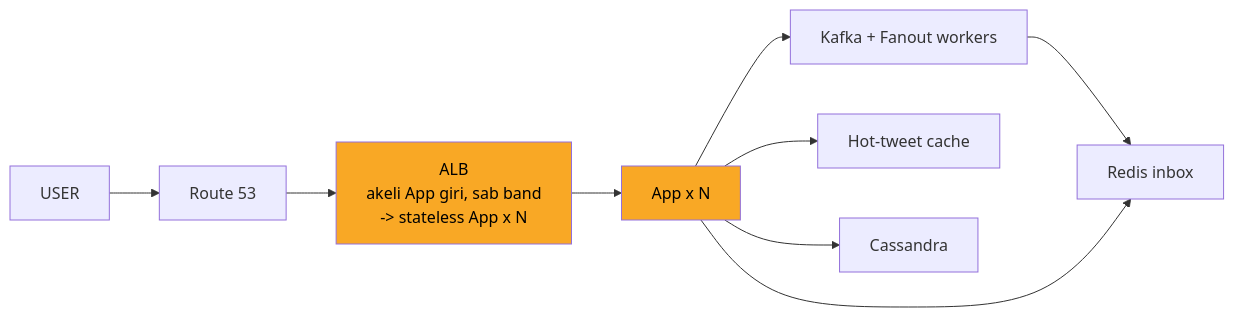
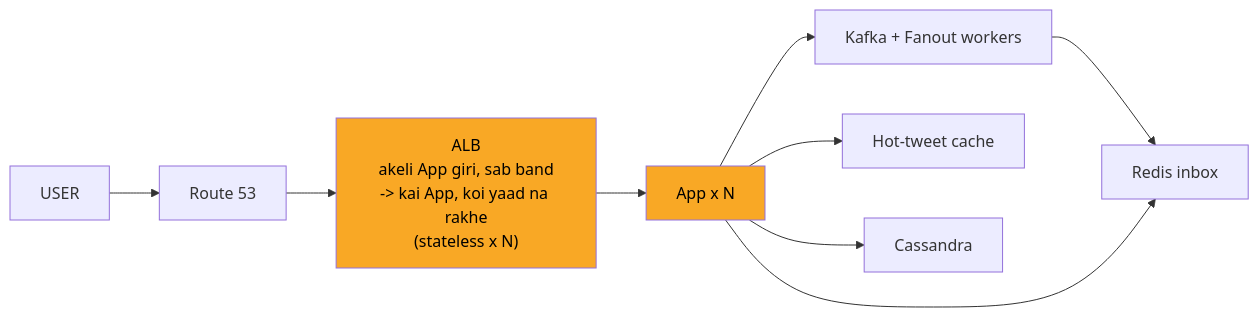
One commit to ArpanMaheshwari144/Prep changed the ninth of 12 diagrams in 04_HLD/SYSTEM_DESIGNS/03_twitter_feed/03_twitter_feed.md. Above: the diagram before and after it, drawn with Mermaid. The commit also changed other lines of this file and 13 other files, not shown here.

````diff
--- a/04_HLD/SYSTEM_DESIGNS/03_twitter_feed/03_twitter_feed.md
+++ b/04_HLD/SYSTEM_DESIGNS/03_twitter_feed/03_twitter_feed.md
@@ -344,21 +344,21 @@
 ```mermaid
 flowchart LR
     n_USER["USER"]
     n_Route_53["Route 53"]
-    n_ALB["ALB<br/>akeli App giri, sab band<br/>-> stateless App x N"]
+    n_ALB["ALB<br/>akeli App giri, sab band<br/>-> kai App, koi yaad na rakhe<br/>(stateless x N)"]
     n_App_xN["App x N"]
     n_FAN["Kafka + Fanout workers"]
     n_Redis_inbox["Redis inbox"]
     n_Hot_tweet_cache["Hot-tweet cache"]
     n_Cassandra["Cassandra"]
     n_USER --> n_Route_53
     n_Route_53 --> n_ALB
     n_ALB --> n_App_xN
     n_App_xN --> n_FAN
     n_App_xN --> n_Hot_tweet_cache
     n_App_xN --> n_Cassandra
     n_FAN --> n_Redis_inbox
     n_App_xN --> n_Redis_inbox
     style n_ALB fill:#f9a825,color:#000
     style n_App_xN fill:#f9a825,color:#000
 ```
````
